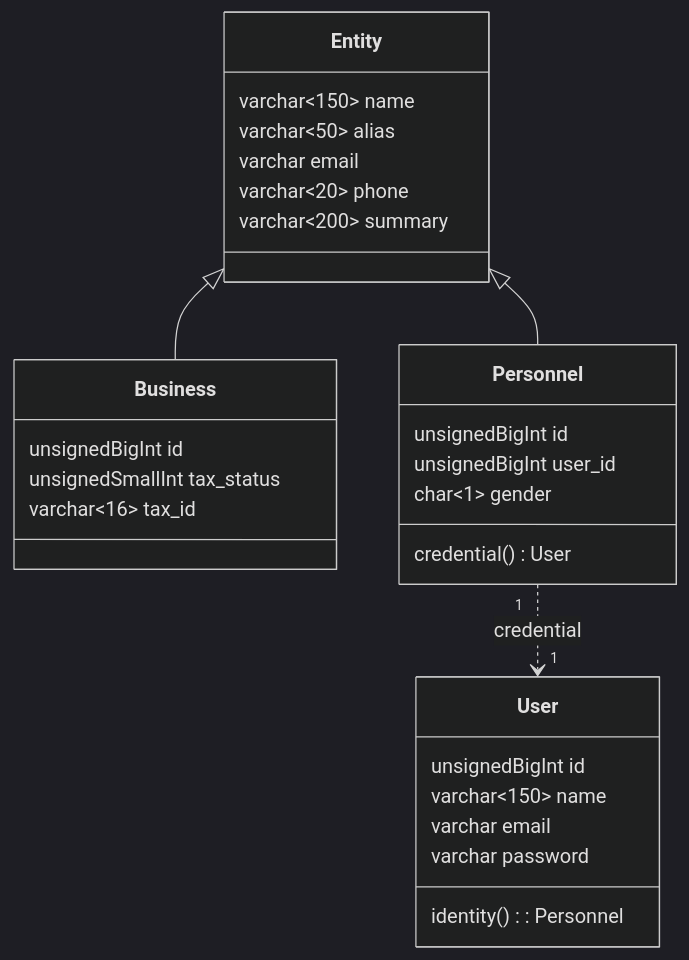
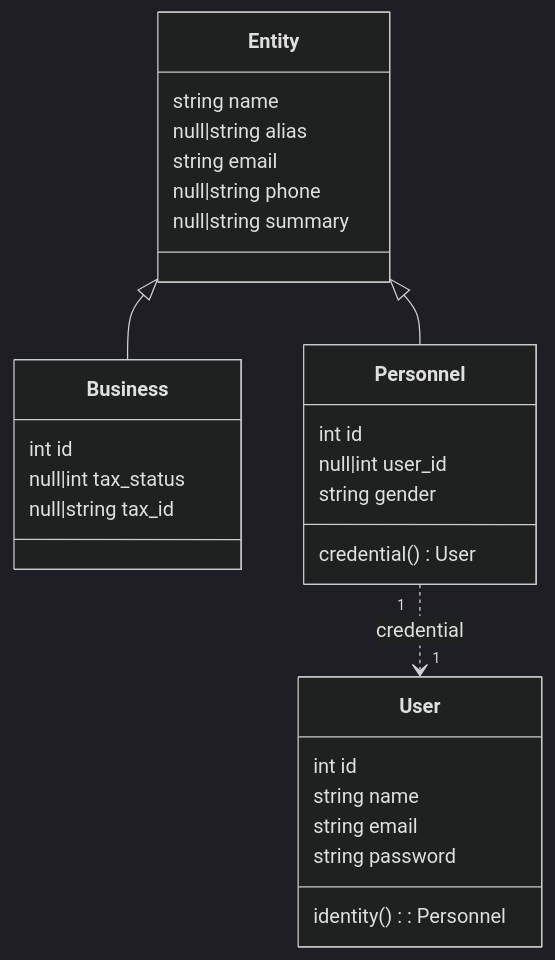
The second of 7 diagrams in database/README.md (creasico/laravel-base), drawn with Mermaid (dark theme) before and after one commit. The commit also changed other lines of this file, not shown here.

````diff
--- a/database/README.md
+++ b/database/README.md
@@ -128,32 +129,32 @@
 ```mermaid
 classDiagram
     Entity <|-- Business
     Entity <|-- Personnel
     Personnel "1" ..> "1" User : credential
 
     class Entity {
-        varchar~150~ name
-        varchar~50~ alias
-        varchar email
-        varchar~20~ phone
-        varchar~200~ summary
+        string name
+        null|string alias
+        string email
+        null|string phone
+        null|string summary
     }
     class Business~Entity~ {
-        unsignedBigInt id
-        unsignedSmallInt tax_status
-        varchar~16~ tax_id
+        int id
+        null|int tax_status
+        null|string tax_id
     }
     class Personnel~Entity~ {
-        unsignedBigInt id
-        unsignedBigInt user_id
-        char~1~ gender
+        int id
+        null|int user_id
+        string gender
         credential() User
     }
     class User {
-        unsignedBigInt id
-        varchar~150~ name
-        varchar email
-        varchar password
+        int id
+        string name
+        string email
+        string password
         identity(): Personnel
     }
 ```
````
